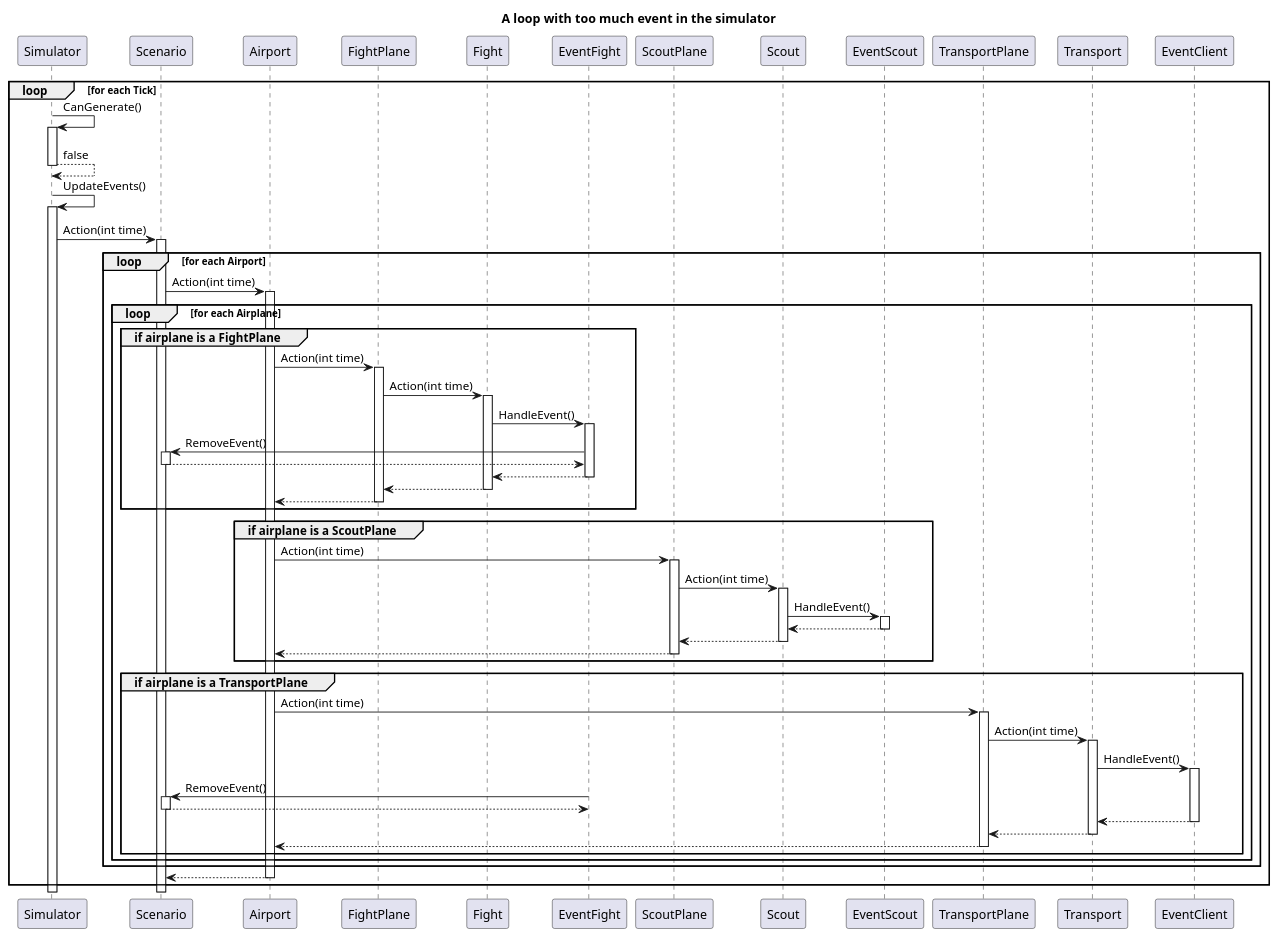
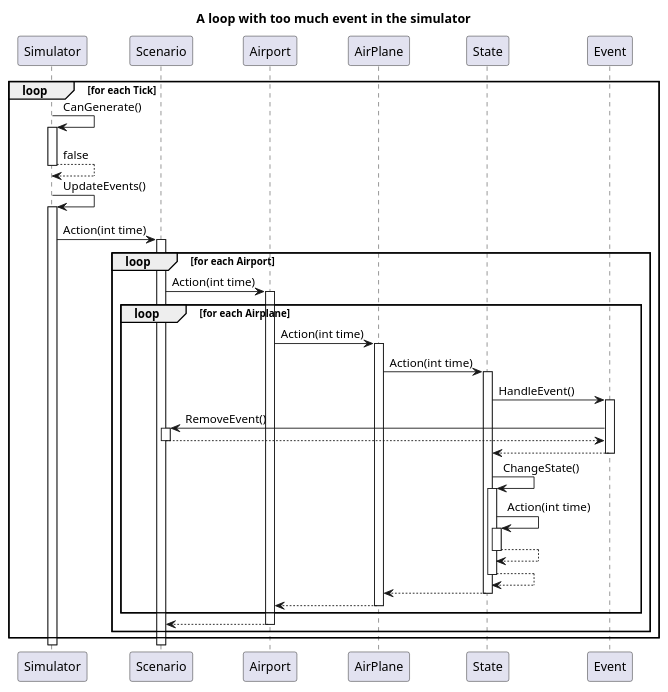
The diagram in Documentation/Diagrams/Sequences/LoopInSimulator.puml (darkhappy/flightsim), drawn with PlantUML before and after one commit.

Commit message:
Another trial to the tick sequence uml

```diff
--- a/Documentation/Diagrams/Sequences/LoopInSimulator.puml
+++ b/Documentation/Diagrams/Sequences/LoopInSimulator.puml
@@ -1,48 +1,73 @@
 @startuml Loop in simulator
 title A loop with too much event in the simulator
 'hello jp
 loop for each Tick
 Simulator -> Simulator ++: CanGenerate()
 return false
 Simulator -> Simulator ++: UpdateEvents()
 Simulator -> Scenario ++: Action(int time)
     loop for each Airport
         Scenario -> Airport ++: Action(int time)
         loop for each Airplane
-            group if airplane is a FightPlane
+            Airport -> AirPlane ++: Action(int time)
+            AirPlane -> State ++: Action(int time)
+            State -> Event ++: HandleEvent()
+            Event -> Scenario ++: RemoveEvent()
+            return
+            return
+            State -> State ++: ChangeState()
+            State -> State ++: Action(int time)
+            return
+            return
+            return
+            return
+            
+            /'group if airplane is a FightPlane
                 Airport -> FightPlane ++: Action(int time)
                 FightPlane -> Fight ++: Action(int time)
                 Fight -> EventFight ++: HandleEvent()
                 EventFight -> Scenario ++: RemoveEvent()
+                
                 return 
                 return
                 return
                 return
             end
             group if airplane is a ScoutPlane
                 Airport -> ScoutPlane ++: Action(int time)
                 ScoutPlane -> Scout ++: Action(int time)
                 Scout -> EventScout ++: HandleEvent()
                 return
                 return
                 return
             end
+            
             group if airplane is a TransportPlane
                 Airport -> TransportPlane ++: Action(int time)
-                TransportPlane -> Transport ++: Action(int time)
+                TransportPlane -> Transport ++: Action(int tim)
                 Transport -> EventClient ++: HandleEvent()
-                EventFight -> Scenario ++: RemoveEvent()
+                EventClient -> Scenario ++: RemoveEvent()
+                return
+                return
+                Transport -> Transport ++: ChangeState(int time)
                 return
                 return
                 return
-                return
+                
             end
+            group if airplane is a RescuePlane
+               Airport -> RescuePlane ++: Action(int time)
+               RescuePlane -> Rescue ++: Action(int time)
+               Rescue -> EventRescue ++: HandleEvent()
+               return
+               return
+               return
+            end
+            '/
         end
+        return
     end
-return
-
-
 end
 
 
 @enduml
```
